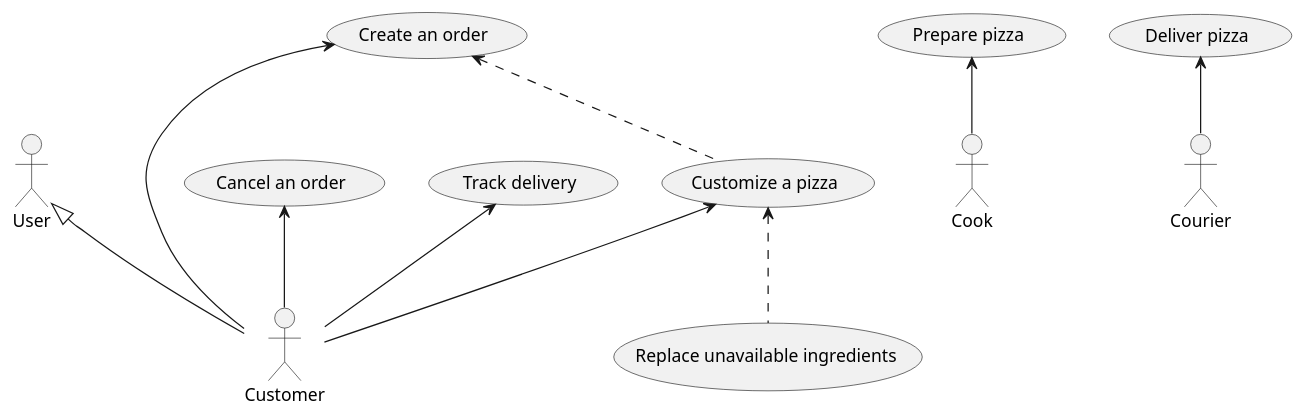
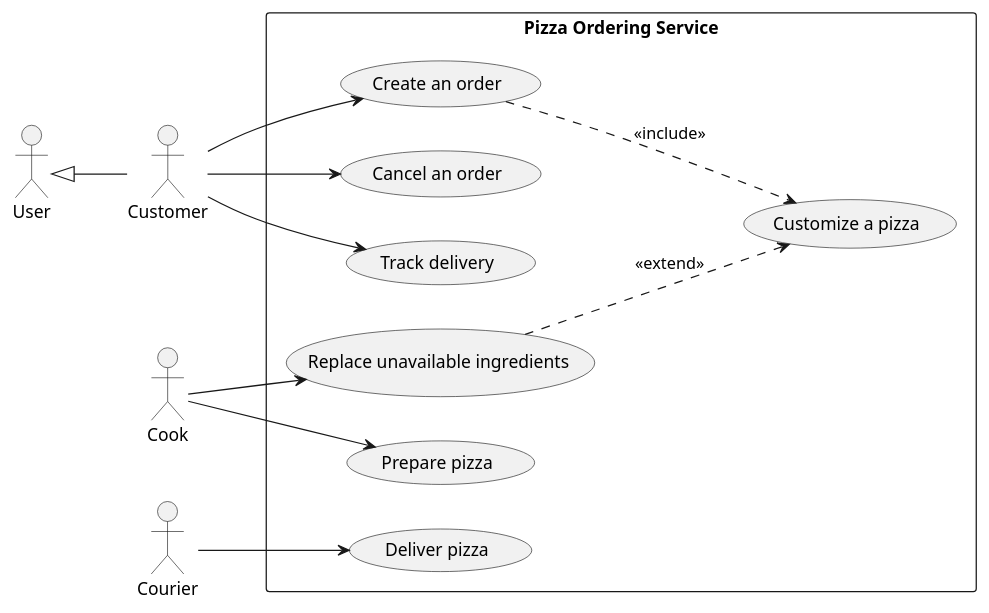
Before and after one commit to mvoronoy/student-fiesta: the diagram in LB-2/ArturTodoruk/use-case.puml, drawn with PlantUML.

Commit message:
Додав свою Lab2

```diff
--- a/LB-2/ArturTodoruk/use-case.puml
+++ b/LB-2/ArturTodoruk/use-case.puml
@@ -1,29 +1,33 @@
 @startuml
-'https://plantuml.com/sequence-diagram
+left to right direction
+
 :User:
 :Customer: as c
 :Cook: as ck
 :Courier: as d
 
 :User: <|-- c
 
-usecase "Create an order" as cr
-usecase "Customize a pizza" as cmz
-usecase "Replace unavailable ingredients" as rpl
-usecase "Cancel an order" as cnl
-usecase "Track delivery" as trk
-usecase "Prepare pizza" as ppr
-usecase "Deliver pizza" as dlv
+rectangle "Pizza Ordering Service" {
 
-cr <-- c
-cmz <-- c
-cnl <-- c
-trk <-- c
+    usecase "Create an order" as cr
+    usecase "Customize a pizza" as cmz
+    usecase "Replace unavailable ingredients" as rpl
+    usecase "Cancel an order" as cnl
+    usecase "Track delivery" as trk
+    usecase "Prepare pizza" as ppr
+    usecase "Deliver pizza" as dlv
+}
 
-ppr <-- ck
-dlv <-- d
+c --> cr
+c --> cnl
+c --> trk
 
-cr <.. cmz
-cmz <.. rpl
+ck --> ppr
+ck --> rpl
+d --> dlv
+
+cr ..> cmz : <<include>>
+rpl ..> cmz : <<extend>>
 
 @enduml
```
